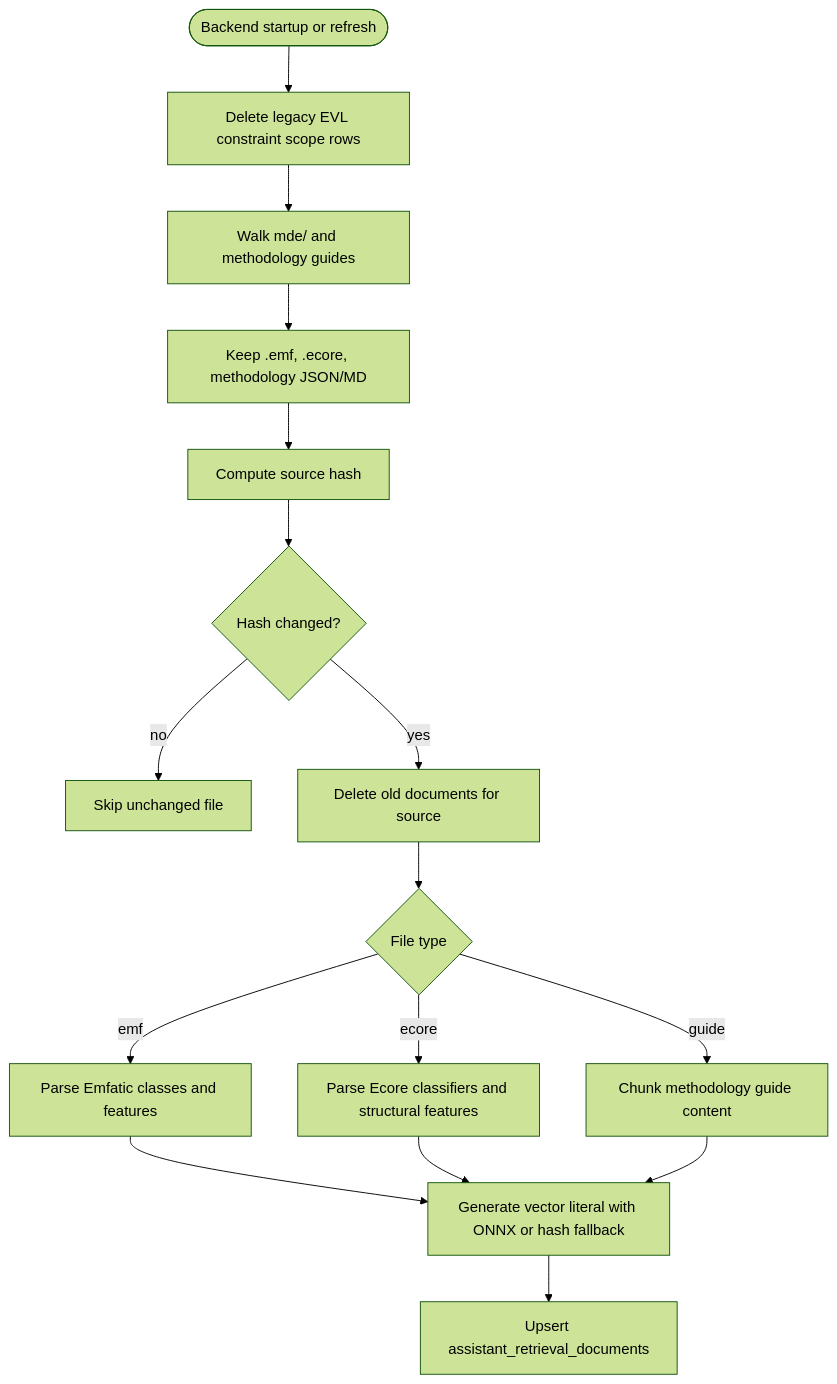
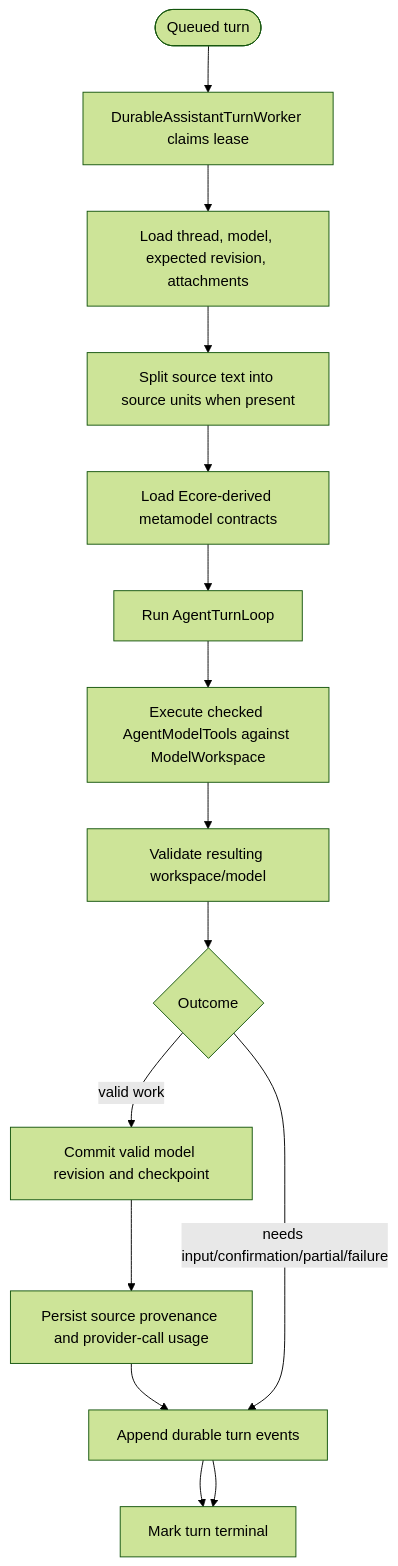
Before and after one commit to mehdieidi/modriss: the fifth of 7 diagrams in docs/diagrams/22-major-function-flows.md, drawn with Mermaid (forest theme). The commit also changed other lines of this file and 37 other files, not shown here.

First line of the commit message:
docs: refactor AI assistant documentation and improve clarity on durable turns, checkpoints, and event handling

````diff
--- a/docs/diagrams/22-major-function-flows.md
+++ b/docs/diagrams/22-major-function-flows.md
@@ -103,25 +103,20 @@
 ```mermaid
 flowchart TD
-    start([Backend startup or refresh])
-    purge["Delete legacy EVL constraint scope rows"]
-    walk["Walk mde/ and methodology guides"]
-    filter["Keep .emf, .ecore, methodology JSON/MD"]
-    hash["Compute source hash"]
-    changed{"Hash changed?"}
-    skip["Skip unchanged file"]
-    delete["Delete old documents for source"]
-    parse{"File type"}
-    emf["Parse Emfatic classes and features"]
-    ecore["Parse Ecore classifiers and structural features"]
-    guide["Chunk methodology guide content"]
-    embed["Generate vector literal with ONNX or hash fallback"]
-    upsert["Upsert assistant_retrieval_documents"]
+    start([Queued turn])
+    claim["DurableAssistantTurnWorker claims lease"]
+    load["Load thread, model, expected revision, attachments"]
+    split["Split source text into source units when present"]
+    contracts["Load Ecore-derived metamodel contracts"]
+    loop["Run AgentTurnLoop"]
+    tools["Execute checked AgentModelTools against ModelWorkspace"]
+    validate["Validate resulting workspace/model"]
+    outcome{"Outcome"}
+    commit["Commit valid model revision and checkpoint"]
+    provenance["Persist source provenance and provider-call usage"]
+    events["Append durable turn events"]
+    terminal["Mark turn terminal"]
 
-    start --> purge --> walk --> filter --> hash --> changed
-    changed -- no --> skip
-    changed -- yes --> delete --> parse
-    parse -- emf --> emf --> embed
-    parse -- ecore --> ecore --> embed
-    parse -- guide --> guide --> embed
-    embed --> upsert
+    start --> claim --> load --> split --> contracts --> loop --> tools --> validate --> outcome
+    outcome -- valid work --> commit --> provenance --> events --> terminal
+    outcome -- needs input/confirmation/partial/failure --> events --> terminal
 ```
````
